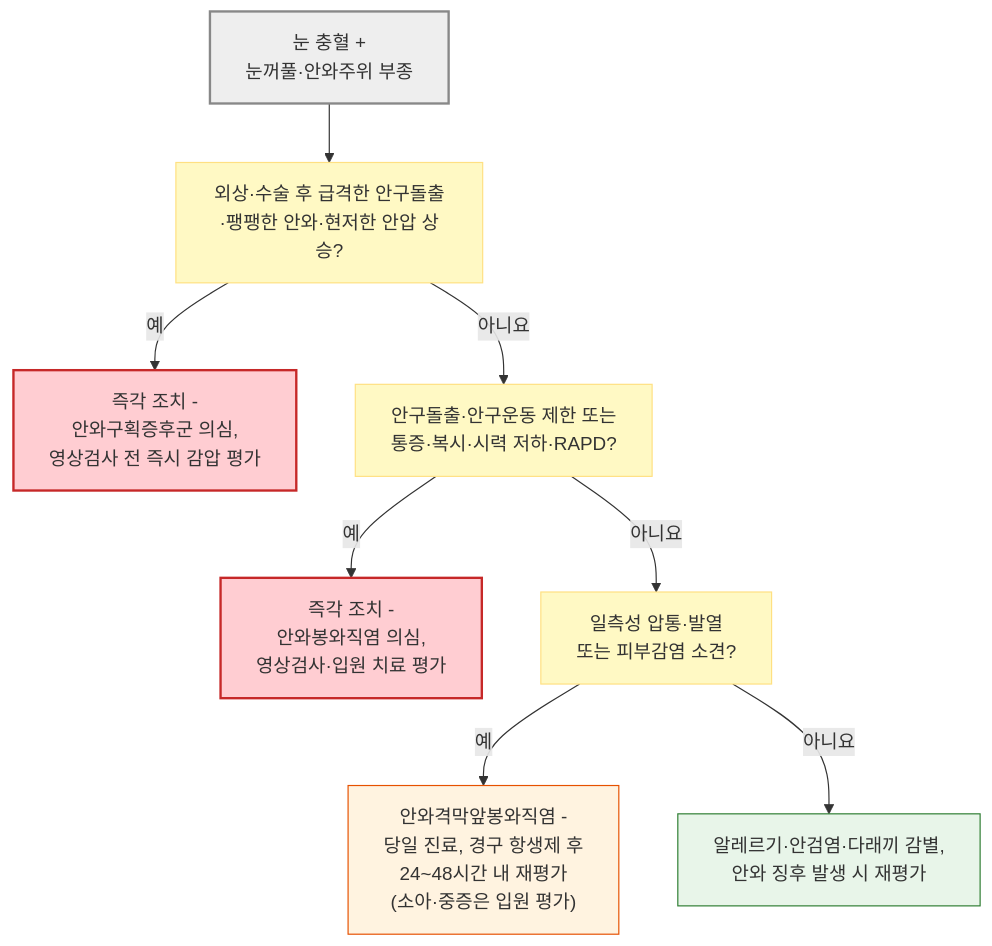
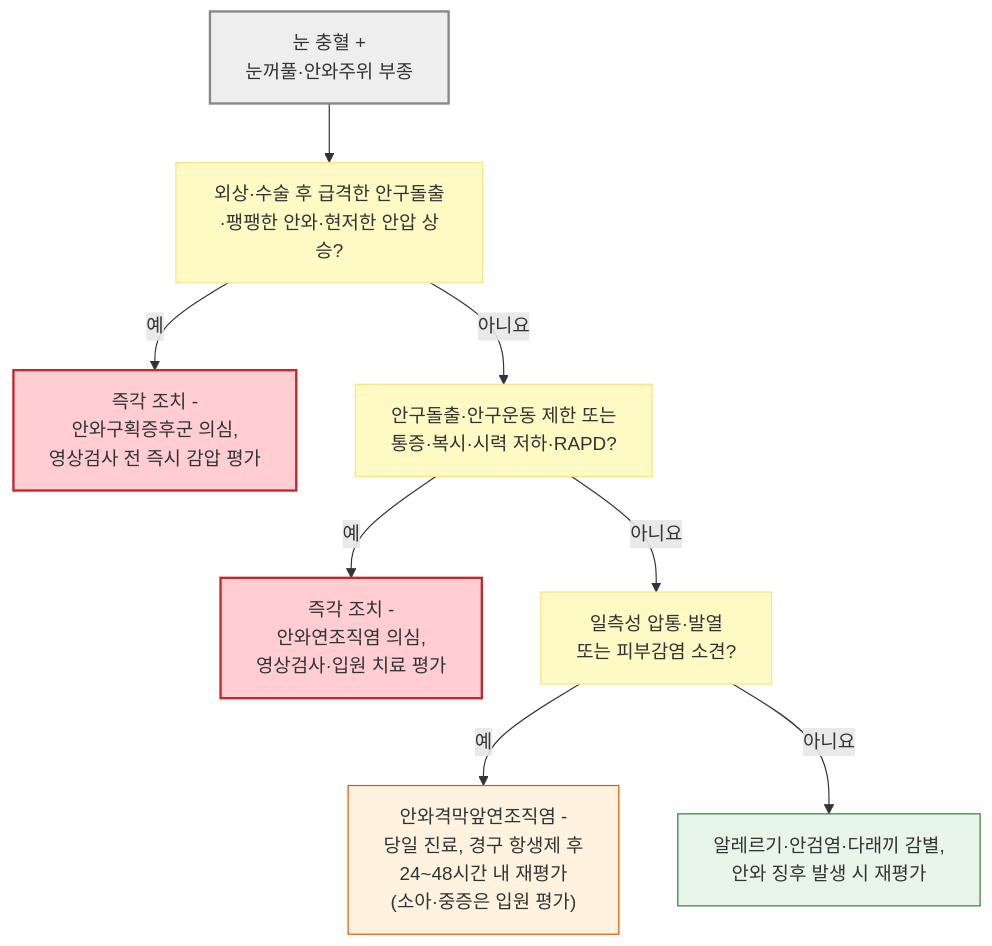
One commit to familyoh77/familyoh77 changed the second of 2 diagrams in 222_/037_-red-eye.md. Above: the diagram before and after it, drawn with Mermaid. The commit also changed other lines of this file and 9 other files, not shown here.

````diff
--- a/222_/037_-red-eye.md
+++ b/222_/037_-red-eye.md
@@ -154,17 +154,17 @@
 ```mermaid
 flowchart TD
     A["눈 충혈 + <br/>눈꺼풀·안와주위 부종"] --> T["외상·수술 후 급격한 안구돌출<br/>·팽팽한 안와·현저한 안압 상승?"]
     T -- "예" --> OC["즉각 조치 - <br/>안와구획증후군 의심, <br/>영상검사 전 즉시 감압 평가"]
     T -- "아니요" --> B["안구돌출·안구운동 제한 또는 <br/>통증·복시·시력 저하·RAPD?"]
-    B -- "예" --> C["즉각 조치 - <br/>안와봉와직염 의심, <br/>영상검사·입원 치료 평가"]
+    B -- "예" --> C["즉각 조치 - <br/>안와연조직염 의심, <br/>영상검사·입원 치료 평가"]
     B -- "아니요" --> D["일측성 압통·발열 <br/>또는 피부감염 소견?"]
-    D -- "예" --> E["안와격막앞봉와직염 - <br/>당일 진료, 경구 항생제 후 <br/>24~48시간 내 재평가 <br/>(소아·중증은 입원 평가)"]
+    D -- "예" --> E["안와격막앞연조직염 - <br/>당일 진료, 경구 항생제 후 <br/>24~48시간 내 재평가 <br/>(소아·중증은 입원 평가)"]
     D -- "아니요" --> F["알레르기·안검염·다래끼 감별, <br/>안와 징후 발생 시 재평가"]
     style A fill:#eeeeee,stroke:#888888,stroke-width:2px
     classDef yellow fill:#fff9c4,stroke:#ffe082
     class T,B,D yellow
     style OC fill:#ffcdd2,stroke:#c62828,stroke-width:2px
     style C fill:#ffcdd2,stroke:#c62828,stroke-width:2px
     style E fill:#fff3e0,stroke:#e65100
     style F fill:#e8f5e9,stroke:#2e7d32
 ```
````
